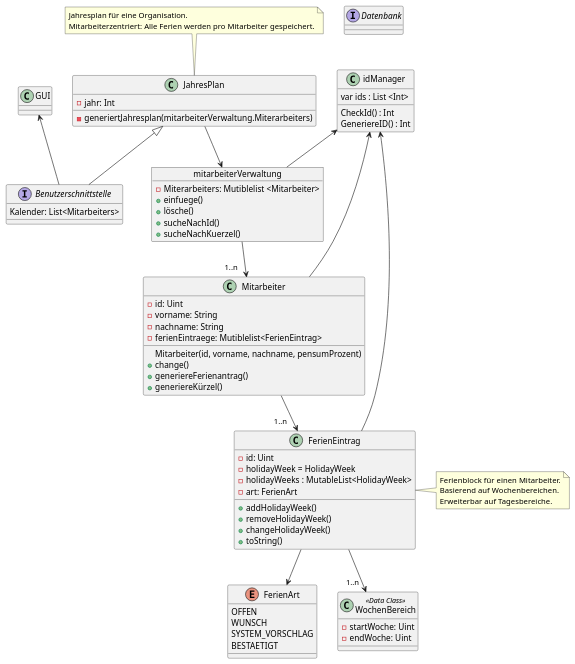
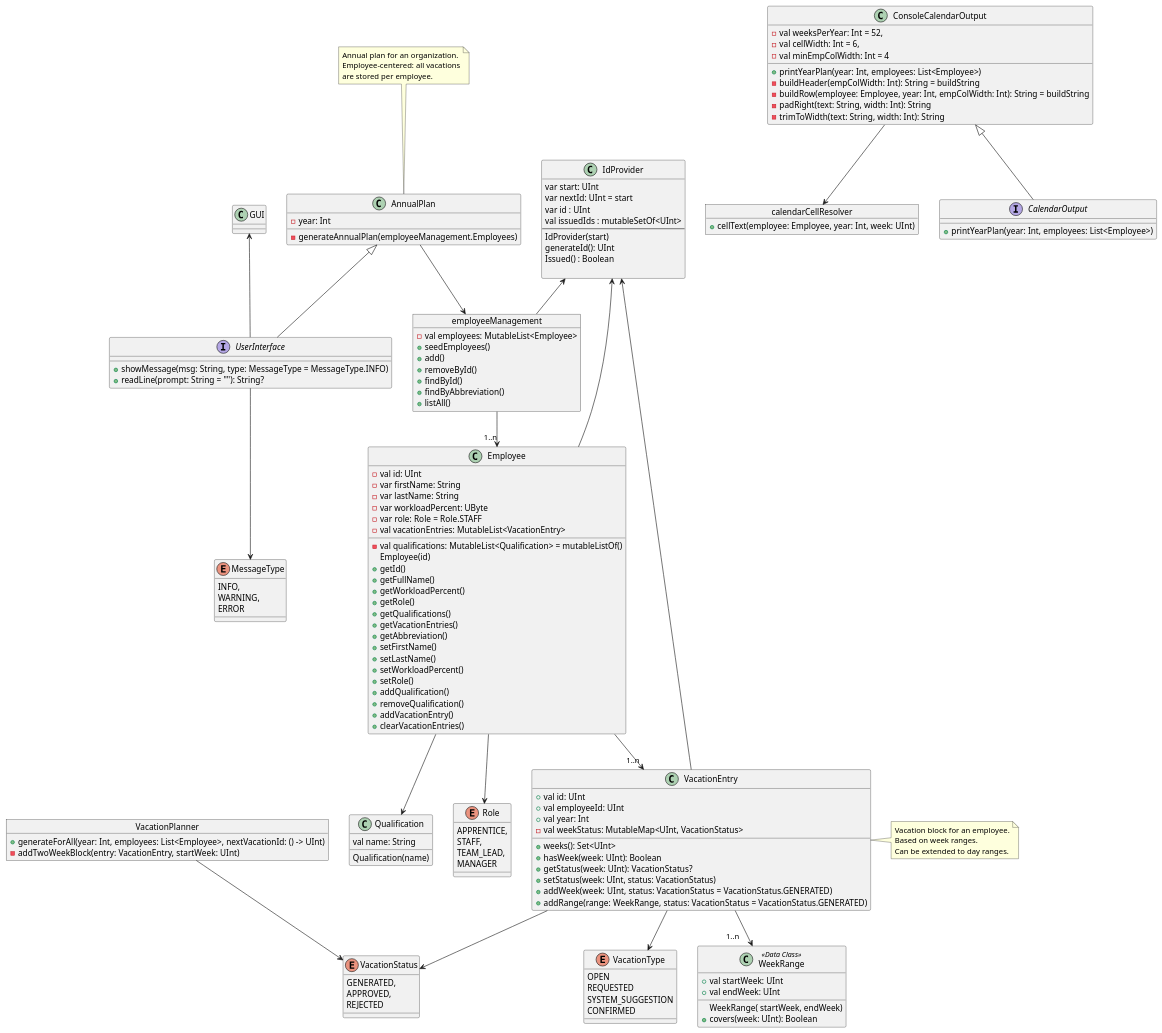
Before and after one commit to TheMorrisino/Semesterarbeiten_NDS_ABBTS: the diagram in 1_Semesterarbeit/Ressourcix/doc/Ressourcix_Struktur_Deutsch_V0.3.puml, drawn with PlantUML. The commit also changed 5 other files, not shown here.

Commit message:
User Interface und Klasse GUI angelegt und KlassenDiagramm angepasst.

```diff
--- a/1_Semesterarbeit/Ressourcix/doc/Ressourcix_Struktur_Deutsch_V0.3.puml
+++ b/1_Semesterarbeit/Ressourcix/doc/Ressourcix_Struktur_Deutsch_V0.3.puml
@@ -1,137 +1,206 @@
 @startuml
 
 ' =========================
-' Basis-Werteobjekte & Enums
+' Base Value Objects & Enums
 ' =========================
 
-enum FerienArt {
-  OFFEN
-  WUNSCH
-  SYSTEM_VORSCHLAG
-  BESTAETIGT
+enum VacationType {
+  OPEN
+  REQUESTED
+  SYSTEM_SUGGESTION
+  CONFIRMED
 }
 
 ' =========================
-' Kern-Domäne
+' Core Domain
 ' =========================
 
-
-class JahresPlan {
-    - jahr: Int
-    - generiertJahresplan(mitarbeiterVerwaltung.Miterarbeiters)
+class AnnualPlan {
+    - year: Int
+    - generateAnnualPlan(employeeManagement.Employees)
 }
 
-object mitarbeiterVerwaltung{
-     - Miterarbeiters: Mutiblelist <Mitarbeiter>
-     + einfuege()
-     + lösche()
-     + sucheNachId()
-     + sucheNachKuerzel()
+
+object calendarCellResolver {
+    +cellText(employee: Employee, year: Int, week: UInt)
+
 }
 
-class Mitarbeiter {
-  - id: Uint
-  - vorname: String
-  - nachname: String
-  - ferienEintraege: Mutiblelist<FerienEintrag>
-  Mitarbeiter(id, vorname, nachname, pensumProzent)
-  + change()
-  + generiereFerienantrag()
-  + generiereKürzel()
+interface CalendarOutput {
+  + printYearPlan(year: Int, employees: List<Employee>)
 }
 
-class FerienEintrag {
-  - id: Uint
-  - holidayWeek = HolidayWeek
-  - holidayWeeks : MutableList<HolidayWeek>
-  - art: FerienArt
-  + addHolidayWeek()
-  + removeHolidayWeek()
-  + changeHolidayWeek()
-  + toString()
+class ConsoleCalendarOutput {
+    -val weeksPerYear: Int = 52,
+    -val cellWidth: Int = 6,
+    -val minEmpColWidth: Int = 4
+    +printYearPlan(year: Int, employees: List<Employee>)
+    -buildHeader(empColWidth: Int): String = buildString
+    -buildRow(employee: Employee, year: Int, empColWidth: Int): String = buildString
+    -padRight(text: String, width: Int): String
+    -trimToWidth(text: String, width: Int): String
 }
 
-  class  WochenBereich <<Data Class>> {
-  - startWoche: Uint
-  - endWoche: Uint
+class Employee {
+  - val id: UInt
+  - var firstName: String
+  - var lastName: String
+  - var workloadPercent: UByte
+  - var role: Role = Role.STAFF
+  - val qualifications: MutableList<Qualification> = mutableListOf()
+  - val vacationEntries: MutableList<VacationEntry>
+  Employee(id)
+  + getId()
+  + getFullName()
+  + getWorkloadPercent()
+  + getRole()
+  + getQualifications()
+  + getVacationEntries()
+  + getAbbreviation()
+  + setFirstName()
+  + setLastName()
+  + setWorkloadPercent()
+  + setRole()
+  + addQualification()
+  + removeQualification()
+  + addVacationEntry()
+  + clearVacationEntries()
 }
 
-class idManager {
-    var ids : List <Int>
-    CheckId() : Int
-    GeneriereID() : Int
+
+object employeeManagement {
+     - val employees: MutableList<Employee>
+     + seedEmployees()
+     + add()
+     + removeById()
+     + findById()
+     + findByAbbreviation()
+     + listAll()
 }
+
+class IdProvider{
+    var start: UInt
+    var nextId: UInt = start
+    var id : UInt
+    val issuedIds : mutableSetOf<UInt>
+    --
+    IdProvider(start)
+    generateId(): UInt
+    Issued() : Boolean
+
+}
+
+enum MessageType {
+    INFO,
+    WARNING,
+    ERROR
+}
+
+class Qualification{
+val name: String
+Qualification(name)
+
+}
+
+enum Role {
+    APPRENTICE,
+    STAFF,
+    TEAM_LEAD,
+    MANAGER
+}
+
+interface UserInterface {
+
+     + showMessage(msg: String, type: MessageType = MessageType.INFO)
+     + readLine(prompt: String = ""): String?
+
+
+}
+
+class VacationEntry {
+  + val id: UInt
+  + val employeeId: UInt
+  + val year: Int
+  - val weekStatus: MutableMap<UInt, VacationStatus>
+  + weeks(): Set<UInt>
+  + hasWeek(week: UInt): Boolean
+  + getStatus(week: UInt): VacationStatus?
+  + setStatus(week: UInt, status: VacationStatus)
+  + addWeek(week: UInt, status: VacationStatus = VacationStatus.GENERATED)
+  + addRange(range: WeekRange, status: VacationStatus = VacationStatus.GENERATED)
+
+
+}
+
+object VacationPlanner {
+    + generateForAll(year: Int, employees: List<Employee>, nextVacationId: () -> UInt)
+    - addTwoWeekBlock(entry: VacationEntry, startWeek: UInt)
+
+}
+
+enum VacationStatus {
+    GENERATED,
+    APPROVED,
+    REJECTED
+}
+
+class WeekRange <<Data Class>> {
+  + val startWeek: UInt
+  + val endWeek: UInt
+  WeekRange( startWeek, endWeek)
+  + covers(week: UInt): Boolean
+}
+
+
 
 class GUI {
 
 }
 
 
-interface Benutzerschnittstelle {
-    Kalender: List<Mitarbeiters>
-
-
-
-}
-
-interface Datenbank {
-
-}
-
-interface Datenbank {
-
-}
-
-
-
 
 
 ' =========================
-' Beziehungen
+' Relationships
 ' =========================
 
-JahresPlan -->  mitarbeiterVerwaltung
-JahresPlan <|-- Benutzerschnittstelle
+AnnualPlan --> employeeManagement
+AnnualPlan <|-- UserInterface
 
+employeeManagement --> "1..n" Employee
 
+Employee --> "1..n" VacationEntry
+Employee --> Qualification
+Employee --> Role
 
+VacationEntry --> "1..n     " WeekRange
 
-mitarbeiterVerwaltung --> "1..n    " Mitarbeiter
+IdProvider <-- employeeManagement
+IdProvider <-- VacationEntry
+IdProvider <-- Employee
 
+GUI <-- UserInterface
 
+UserInterface --> MessageType
 
+VacationEntry --> VacationType
+VacationEntry --> VacationStatus
 
-Mitarbeiter --> "1..n    "  FerienEintrag
+VacationPlanner --> VacationStatus
 
+ConsoleCalendarOutput --> calendarCellResolver
+ConsoleCalendarOutput <|-- CalendarOutput
 
-FerienEintrag  --> "1..n  "  WochenBereich
-
-idManager  <--   mitarbeiterVerwaltung
-idManager  <--   FerienEintrag
-idManager  <--   Mitarbeiter
-
-GUI <-- Benutzerschnittstelle
-
-
-
-
-
-
-FerienEintrag --> FerienArt
-
-
-
-note top of JahresPlan
-  Jahresplan für eine Organisation.
-  Mitarbeiterzentriert: Alle Ferien werden pro Mitarbeiter gespeichert.
+note top of AnnualPlan
+  Annual plan for an organization.
+  Employee-centered: all vacations
+  are stored per employee.
 end note
 
-note right of FerienEintrag
-  Ferienblock für einen Mitarbeiter.
-  Basierend auf Wochenbereichen.
-  Erweiterbar auf Tagesbereiche.
+note right of VacationEntry
+  Vacation block for an employee.
+  Based on week ranges.
+  Can be extended to day ranges.
 end note
 
-
-
 @enduml
```
